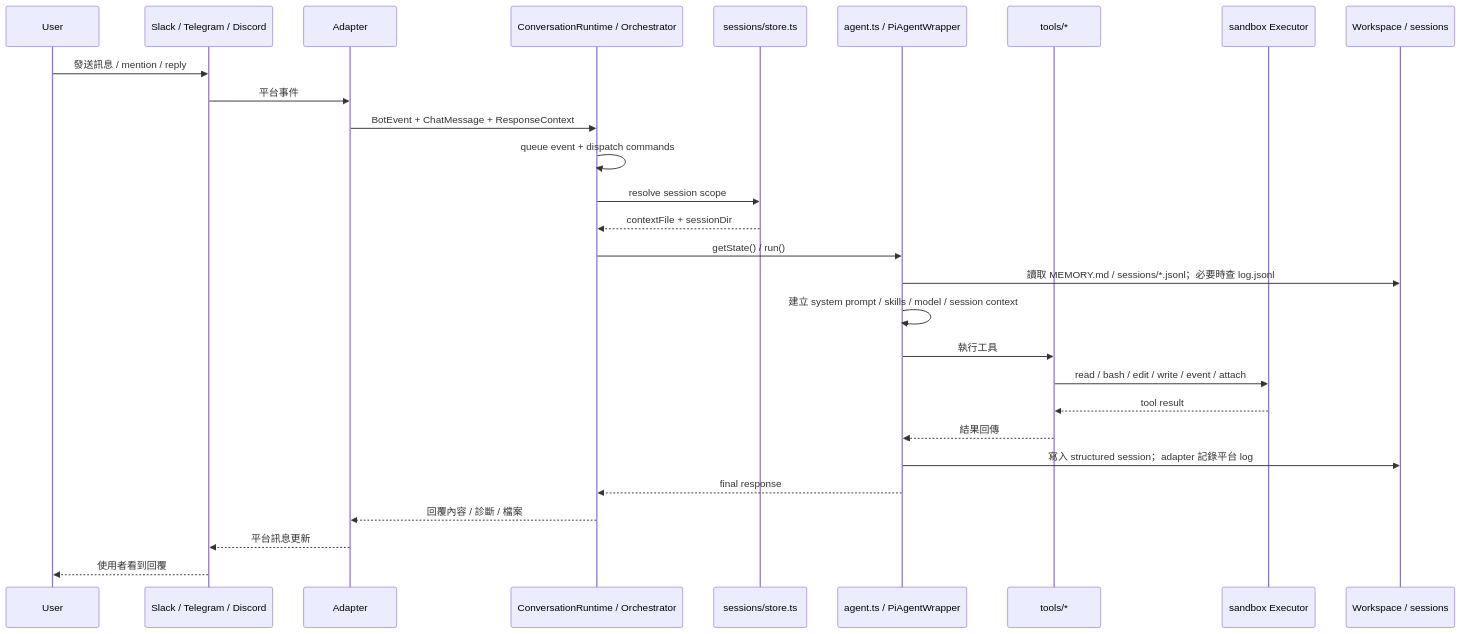
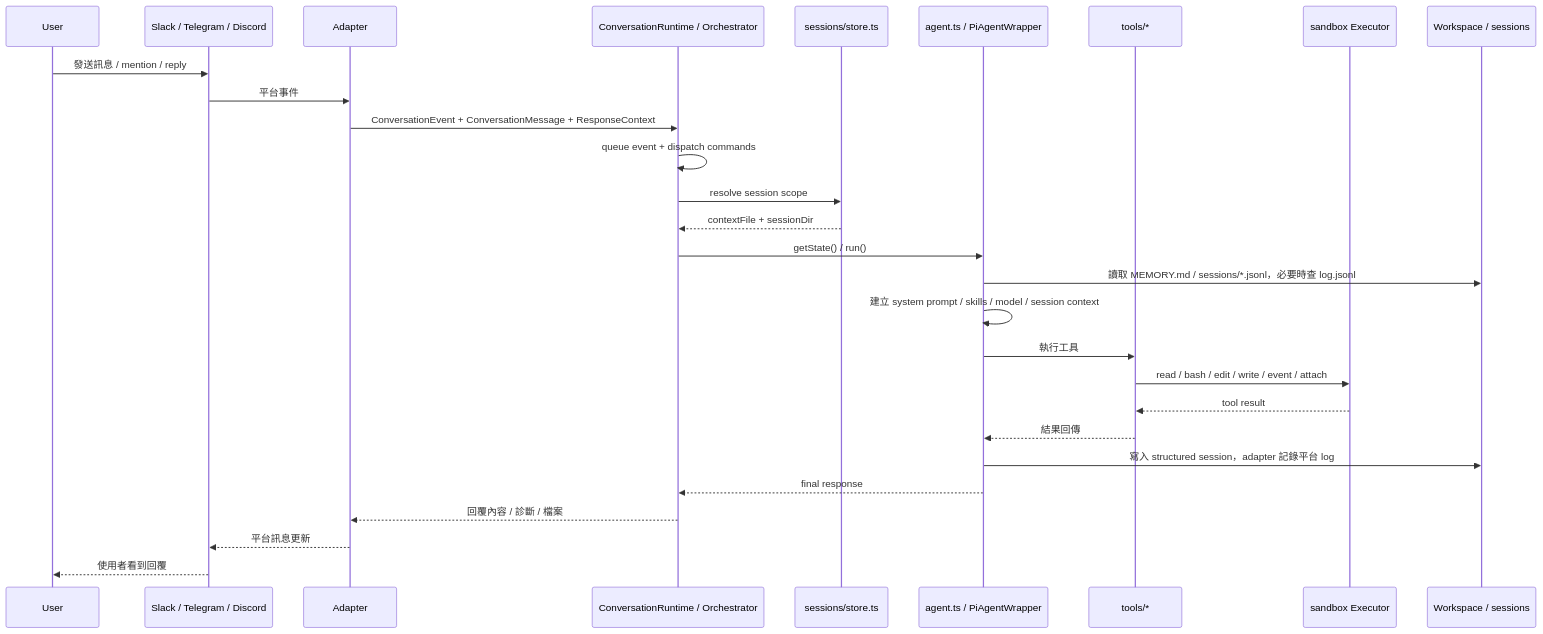
Before and after one commit to geminixiang/mikan: the second of 3 diagrams in src/content/docs/zh-tw/architecture.md, drawn with Mermaid. The commit also changed other lines of this file and 78 other files, not shown here.

````diff
--- a/src/content/docs/zh-tw/architecture.md
+++ b/src/content/docs/zh-tw/architecture.md
@@ -189,31 +189,31 @@
 ```mermaid
 sequenceDiagram
   participant U as User
   participant P as Slack / Telegram / Discord
   participant A as Adapter
   participant M as ConversationRuntime / Orchestrator
   participant S as sessions/store.ts
   participant R as agent.ts / PiAgentWrapper
   participant T as tools/*
   participant X as sandbox Executor
   participant W as Workspace / sessions
 
   U->>P: 發送訊息 / mention / reply
   P->>A: 平台事件
-  A->>M: BotEvent + ChatMessage + ResponseContext
+  A->>M: ConversationEvent + ConversationMessage + ResponseContext
   M->>M: queue event + dispatch commands
   M->>S: resolve session scope
   S-->>M: contextFile + sessionDir
   M->>R: getState() / run()
-  R->>W: 讀取 MEMORY.md / sessions/*.jsonl；必要時查 log.jsonl
+  R->>W: 讀取 MEMORY.md / sessions/*.jsonl，必要時查 log.jsonl
   R->>R: 建立 system prompt / skills / model / session context
   R->>T: 執行工具
   T->>X: read / bash / edit / write / event / attach
   X-->>T: tool result
   T-->>R: 結果回傳
-  R->>W: 寫入 structured session；adapter 記錄平台 log
+  R->>W: 寫入 structured session，adapter 記錄平台 log
   R-->>M: final response
   M-->>A: 回覆內容 / 診斷 / 檔案
   A-->>P: 平台訊息更新
   P-->>U: 使用者看到回覆
 ```
````
